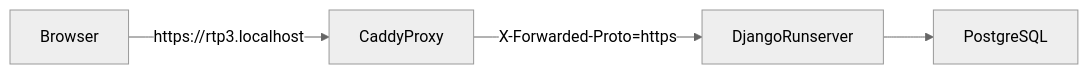
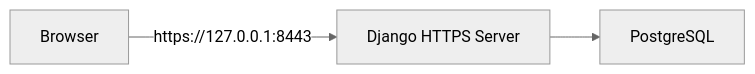
The diagram in docs/LOCAL_PRODLIKE_SETUP.md (kkrivosheeva4-tech/RTP-version), drawn with Mermaid (neutral theme) before and after one commit. The commit also changed other lines of this file and 37 other files, not shown here.

Commit message:
docs: refresh architecture and operations guides

````diff
--- a/docs/LOCAL_PRODLIKE_SETUP.md
+++ b/docs/LOCAL_PRODLIKE_SETUP.md
@@ -15,11 +16,9 @@
 ```mermaid
 flowchart LR
   Browser[Browser]
-  Caddy[CaddyProxy]
-  Django[DjangoRunserver]
+  Django[Django HTTPS Server]
   Postgres[PostgreSQL]
 
-  Browser -->|"https://rtp3.localhost"| Caddy
-  Caddy -->|"X-Forwarded-Proto=https"| Django
+  Browser -->|"https://127.0.0.1:8443"| Django
   Django --> Postgres
 ```
````
